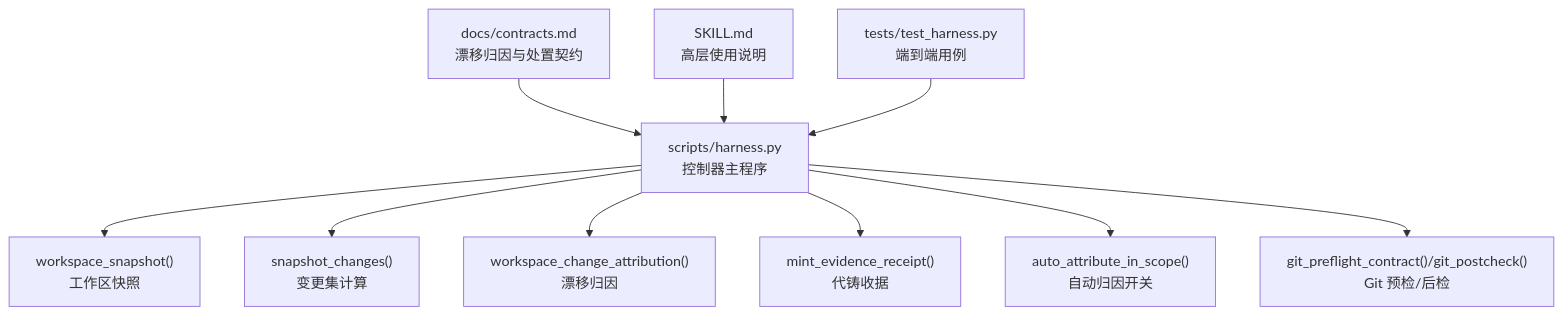
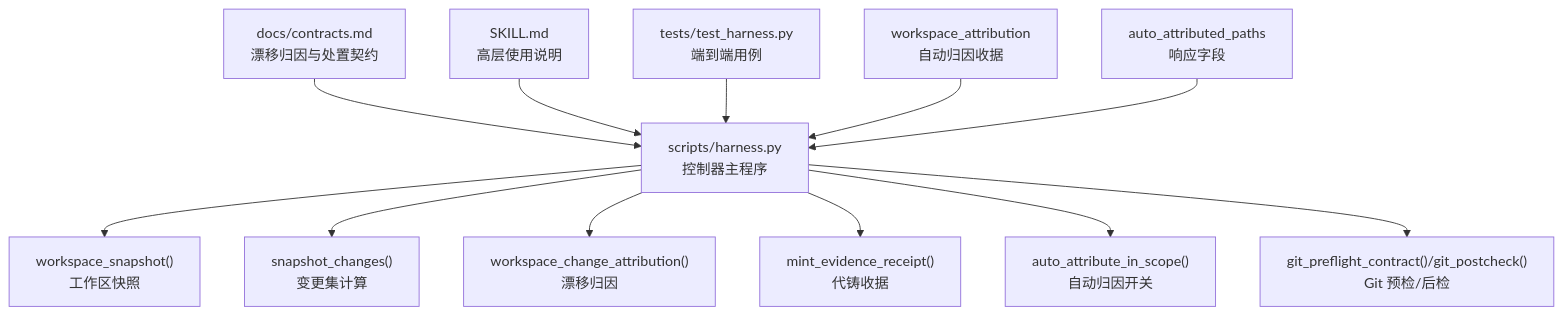
The first of 7 diagrams in .qoder/repowiki/zh/content/证据系统/自动归因功能.md (HackSing/docs-harness), drawn with Mermaid before and after one commit. The commit also changed other lines of this file and 40 other files, not shown here.

````diff
--- a/.qoder/repowiki/zh/content/证据系统/自动归因功能.md
+++ b/.qoder/repowiki/zh/content/证据系统/自动归因功能.md
@@ -30,12 +39,14 @@
 ```mermaid
 graph TB
 A["scripts/harness.py<br/>控制器主程序"] --> B["workspace_snapshot()<br/>工作区快照"]
 A --> C["snapshot_changes()<br/>变更集计算"]
 A --> D["workspace_change_attribution()<br/>漂移归因"]
 A --> E["mint_evidence_receipt()<br/>代铸收据"]
 A --> F["auto_attribute_in_scope()<br/>自动归因开关"]
 A --> G["git_preflight_contract()/git_postcheck()<br/>Git 预检/后检"]
 H["docs/contracts.md<br/>漂移归因与处置契约"] --> A
 I["SKILL.md<br/>高层使用说明"] --> A
 J["tests/test_harness.py<br/>端到端用例"] --> A
+K["workspace_attribution<br/>自动归因收据"] --> A
+L["auto_attributed_paths<br/>响应字段"] --> A
 ```
````
